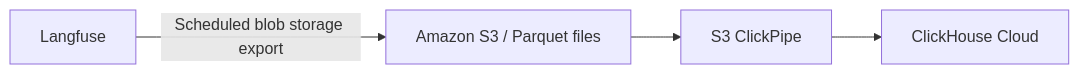
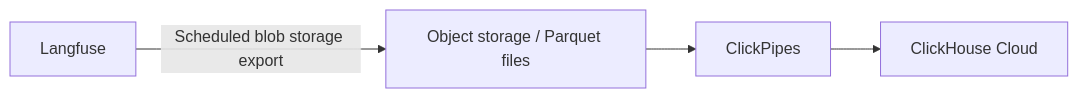
One commit to langfuse/langfuse-docs changed the diagram in content/integrations/clickhouse/data-warehouse.mdx. Above: the diagram before and after it, drawn with Mermaid. The commit also changed other lines of this file, not shown here.

````diff
--- a/content/integrations/clickhouse/data-warehouse.mdx
+++ b/content/integrations/clickhouse/data-warehouse.mdx
@@ -22,6 +18,6 @@
 ```mermaid
 flowchart LR
-    langfuse["Langfuse"] -->|"Scheduled blob storage export"| s3["Amazon S3 / Parquet files"]
-    s3 --> pipe["S3 ClickPipe"]
+    langfuse["Langfuse"] -->|"Scheduled blob storage export"| storage["Object storage / Parquet files"]
+    storage --> pipe["ClickPipes"]
     pipe --> ch["ClickHouse Cloud"]
 ```
````
